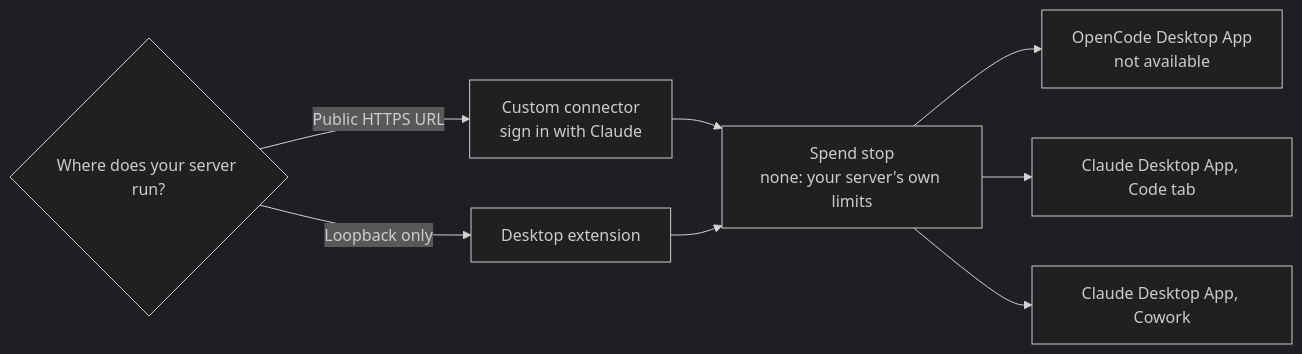
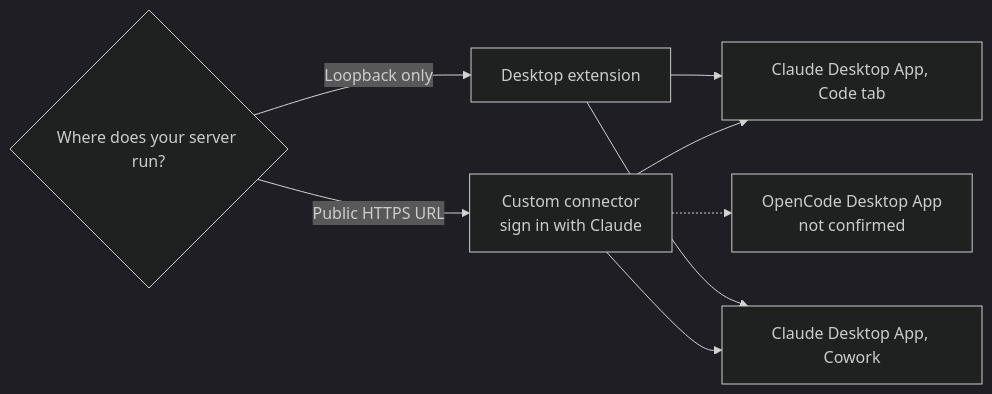
Before and after one commit to SoulCraft-Org/compute-crafter: the diagram in guides/claude-desktop-mcp.md, drawn with Mermaid (dark theme). The commit also changed other lines of this file and 7 other files, not shown here.

````diff
--- a/guides/claude-desktop-mcp.md
+++ b/guides/claude-desktop-mcp.md
@@ -5,10 +5,10 @@
 ```mermaid
 flowchart LR
   Q{Where does your server run?} -->|Public HTTPS URL| C[Custom connector<br/>sign in with Claude]
   Q -->|Loopback only| B[Desktop extension]
-  C --> G[Spend stop<br/>none: your server's own limits]
-  B --> G
-  G --> O[OpenCode Desktop App<br/>not available]
-  G --> T[Claude Desktop App, Code tab]
-  G --> W[Claude Desktop App, Cowork]
+  C --> T[Claude Desktop App, Code tab]
+  C --> W[Claude Desktop App, Cowork]
+  B --> T
+  B --> W
+  C -.-> O[OpenCode Desktop App<br/>not confirmed]
 ```
````
